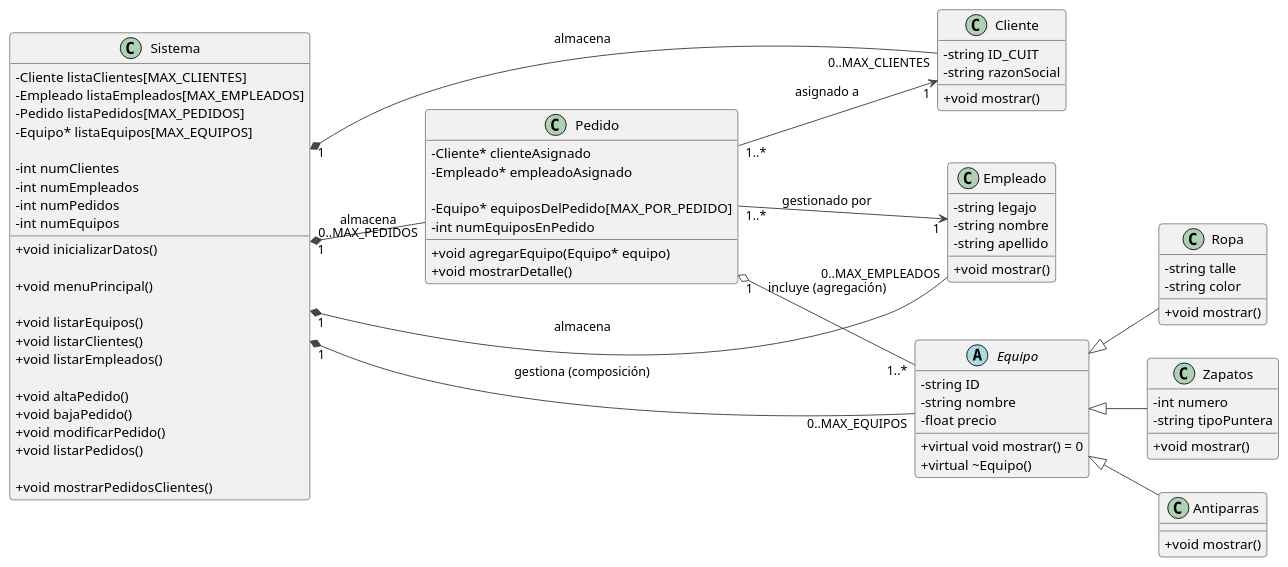
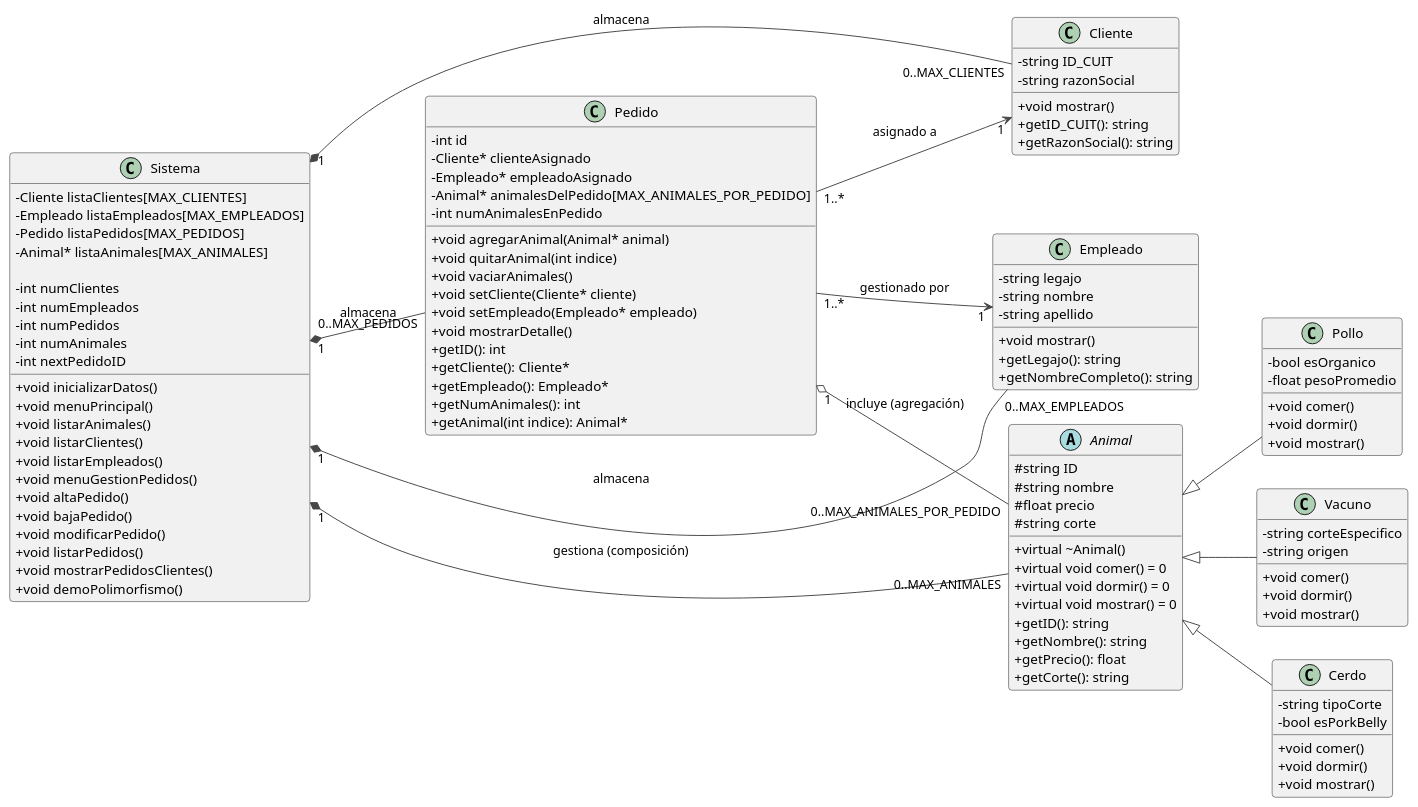
One commit to estebanmatias92/tecnicatura-algoritmos-y-estructuras-de-datos-i changed the diagram in 30-assignments/34-laboratorio-integrador-anual/code/core-service/docs/class-diagram.md. Above: the diagram before and after it, drawn with PlantUML. The commit also changed other lines of this file and 9 other files, not shown here.

First line of the commit message:
Implement CRUD updates and refactor Animal hierarchy

````diff
--- a/30-assignments/34-laboratorio-integrador-anual/code/core-service/docs/class-diagram.md
+++ b/30-assignments/34-laboratorio-integrador-anual/code/core-service/docs/class-diagram.md
@@ -10,51 +10,44 @@
 '!theme reddress-darkblue
 !theme vibrant
 
-' --- Configuración del Diagrama (Refactorizado) ---
-' Basado en software-requirement-specification.md (entidades hardcodeadas)
+' --- Configuración del Diagrama ---
 left to right direction
 skinparam classAttributeIconSize 0
 
 ' --- Definición de Clases ---
 
 class Sistema {
-    ' Almacenamiento estático en stack (NFR-M1, NFR-M2)
     -Cliente listaClientes[MAX_CLIENTES]
     -Empleado listaEmpleados[MAX_EMPLEADOS]
     -Pedido listaPedidos[MAX_PEDIDOS]
-    ' Array de punteros a la base (NFR-M3)
-    -Equipo* listaEquipos[MAX_EQUIPOS]
+    -Animal* listaAnimales[MAX_ANIMALES]
     
     -int numClientes
     -int numEmpleados
     -int numPedidos
-    -int numEquipos
+    -int numAnimales
+    -int nextPedidoID
     
-    ' Carga de datos estáticos (NFR-M.4)
     +void inicializarDatos()
-    
-    ' Gestión General (FR-G1)
     +void menuPrincipal()
-    
-    ' Módulos Estáticos (Solo Listar)
-    +void listarEquipos()
+    +void listarAnimales()
     +void listarClientes()
     +void listarEmpleados()
-    
-    ' Módulo Pedidos (CRUD Completo) (FR-G2)
+    +void menuGestionPedidos()
     +void altaPedido()
     +void bajaPedido()
     +void modificarPedido()
     +void listarPedidos()
-    
-    ' Módulo Reportes (FR-R1)
     +void mostrarPedidosClientes()
+    +void demoPolimorfismo()
 }
 
 class Cliente {
     -string ID_CUIT
     -string razonSocial
     +void mostrar()
+    +getID_CUIT(): string
+    +getRazonSocial(): string
 }
 
 class Empleado {
@@ -62,71 +55,89 @@
     -string nombre
     -string apellido
     +void mostrar()
+    +getLegajo(): string
+    +getNombreCompleto(): string
 }
 
 class Pedido {
-    ' Relaciones de Asociación (NFR-R3, NFR-R4, NFR-R5)
+    -int id
     -Cliente* clienteAsignado
     -Empleado* empleadoAsignado
+    -Animal* animalesDelPedido[MAX_ANIMALES_POR_PEDIDO]
+    -int numAnimalesEnPedido
     
-    ' Relación de Agregación (NFR-R6)
-    -Equipo* equiposDelPedido[MAX_POR_PEDIDO]
-    -int numEquiposEnPedido
-    
-    +void agregarEquipo(Equipo* equipo)
+    +void agregarAnimal(Animal* animal)
+    +void quitarAnimal(int indice)
+    +void vaciarAnimales()
+    +void setCliente(Cliente* cliente)
+    +void setEmpleado(Empleado* empleado)
     +void mostrarDetalle()
+    +getID(): int
+    +getCliente(): Cliente*
+    +getEmpleado(): Empleado*
+    +getNumAnimales(): int
+    +getAnimal(int indice): Animal*
 }
 
-' --- Jerarquía de Herencia de Equipos ---
+' --- Jerarquía de Herencia de Animales ---
 
-' Clase Base Abstracta (NFR-A3)
-abstract class Equipo {
-    -string ID
-    -string nombre
-    -float precio
+abstract class Animal {
+    #string ID
+    #string nombre
+    #float precio
+    #string corte
+    +virtual ~Animal()
+    +virtual void comer() = 0
+    +virtual void dormir() = 0
     +virtual void mostrar() = 0
-    +virtual ~Equipo()
+    +getID(): string
+    +getNombre(): string
+    +getPrecio(): float
+    +getCorte(): string
 }
 
-' Clases Derivadas (NFR-A3)
-class Ropa {
-    -string talle
-    -string color
+class Pollo {
+    -bool esOrganico
+    -float pesoPromedio
+    +void comer()
+    +void dormir()
     +void mostrar()
 }
 
-class Zapatos {
-    -int numero
-    -string tipoPuntera
+class Vacuno {
+    -string corteEspecifico
+    -string origen
+    +void comer()
+    +void dormir()
     +void mostrar()
 }
 
-class Antiparras {
+class Cerdo {
+    -string tipoCorte
+    -bool esPorkBelly
+    +void comer()
+    +void dormir()
     +void mostrar()
 }
 
 
 ' --- Definición de Relaciones ---
 
-' 1. Herencia (NFR-A3)
-Equipo <|-- Ropa
-Equipo <|-- Zapatos
-Equipo <|-- Antiparras
+' Herencia
+Animal <|-- Pollo
+Animal <|-- Vacuno
+Animal <|-- Cerdo
 
-' 2. Composición (NFR-R2)
-' El Sistema "contiene" (Composición) los arrays maestros
+' Composición
 Sistema "1" *-- "0..MAX_CLIENTES" Cliente : almacena
 Sistema "1" *-- "0..MAX_EMPLEADOS" Empleado : almacena
 Sistema "1" *-- "0..MAX_PEDIDOS" Pedido : almacena
-Sistema "1" *-- "0..MAX_EQUIPOS" Equipo : "gestiona (composición)"
+Sistema "1" *-- "0..MAX_ANIMALES" Animal : "gestiona (composición)"
 
-' 3. Relaciones del Pedido (NFR-R4, NFR-R5, NFR-R6)
-' Asociación (un puntero)
+' Relaciones del Pedido
 Pedido "1..*" --> "1" Cliente : "asignado a"
-' Asociación (un puntero)
 Pedido "1..*" --> "1" Empleado : "gestionado por"
-' Agregación (array de punteros)
-Pedido "1" o-- "1..*" Equipo : "incluye (agregación)"
+Pedido "1" o-- "0..MAX_ANIMALES_POR_PEDIDO" Animal : "incluye (agregación)"
 
 @enduml
 ```
````
